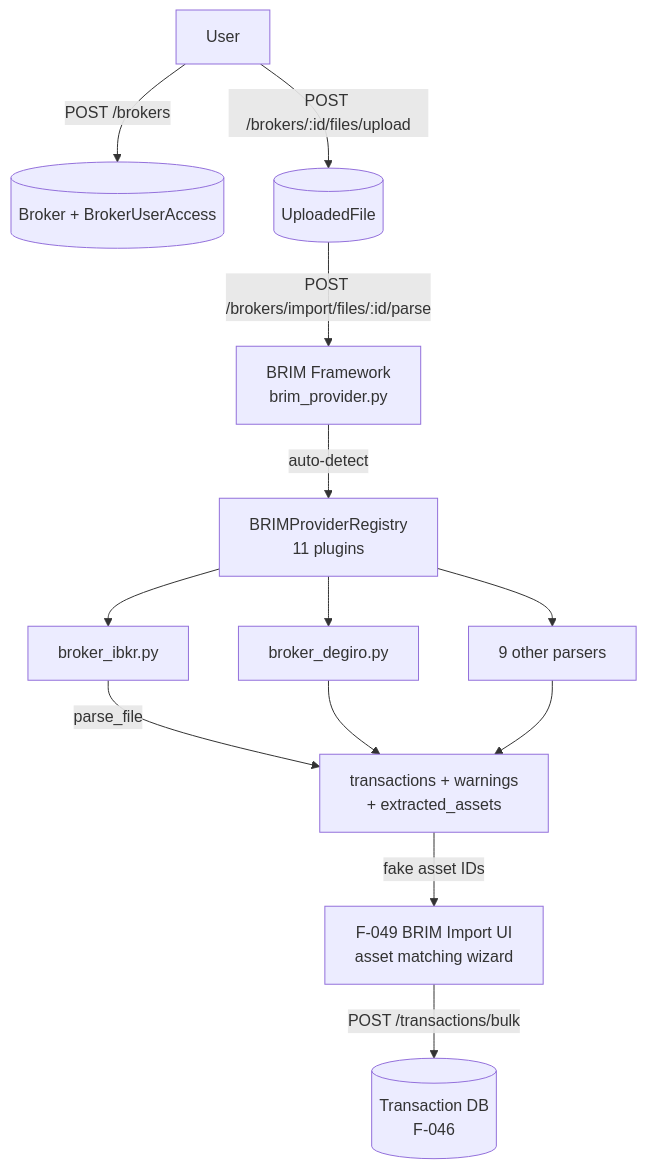
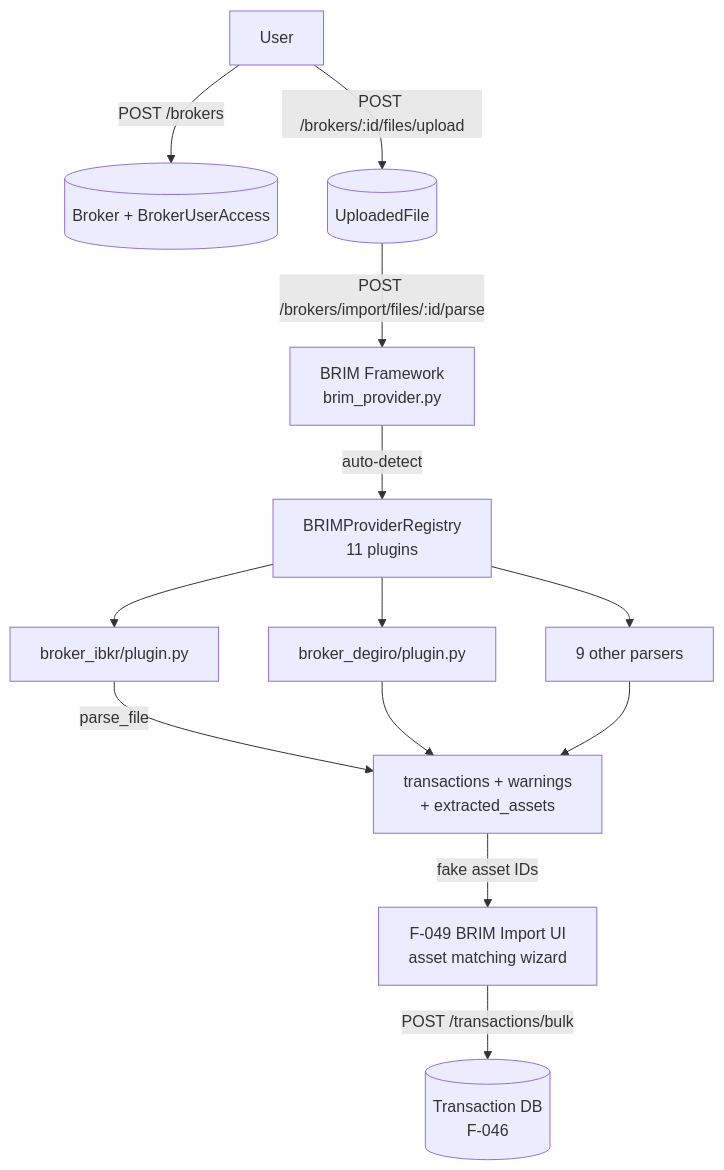
One commit to Librefolio/LibreFolio changed the diagram in LibreFolio_devWiki/wiki/domains/brokers.md. Above: the diagram before and after it, drawn with Mermaid. The commit also changed 61 other files, not shown here.

````diff
--- a/LibreFolio_devWiki/wiki/domains/brokers.md
+++ b/LibreFolio_devWiki/wiki/domains/brokers.md
@@ -44,15 +44,15 @@
 ```mermaid
 graph TD
     User -->|POST /brokers| BrokerDB[(Broker + BrokerUserAccess)]
     User -->|POST /brokers/:id/files/upload| FileStore[(UploadedFile)]
     FileStore -->|POST /brokers/import/files/:id/parse| BRIMFw[BRIM Framework<br/>brim_provider.py]
     BRIMFw -->|auto-detect| PluginRegistry[BRIMProviderRegistry<br/>11 plugins]
-    PluginRegistry --> IBKR[broker_ibkr.py]
-    PluginRegistry --> Degiro[broker_degiro.py]
+    PluginRegistry --> IBKR[broker_ibkr/plugin.py]
+    PluginRegistry --> Degiro[broker_degiro/plugin.py]
     PluginRegistry --> Other[9 other parsers]
     IBKR -->|parse_file| ParseResult[transactions + warnings<br/>+ extracted_assets]
     Degiro --> ParseResult
     Other --> ParseResult
     ParseResult -->|fake asset IDs| StagingUI[F-049 BRIM Import UI<br/>asset matching wizard]
     StagingUI -->|POST /transactions/bulk| TxDB[(Transaction DB<br/>F-046)]
 ```
````
